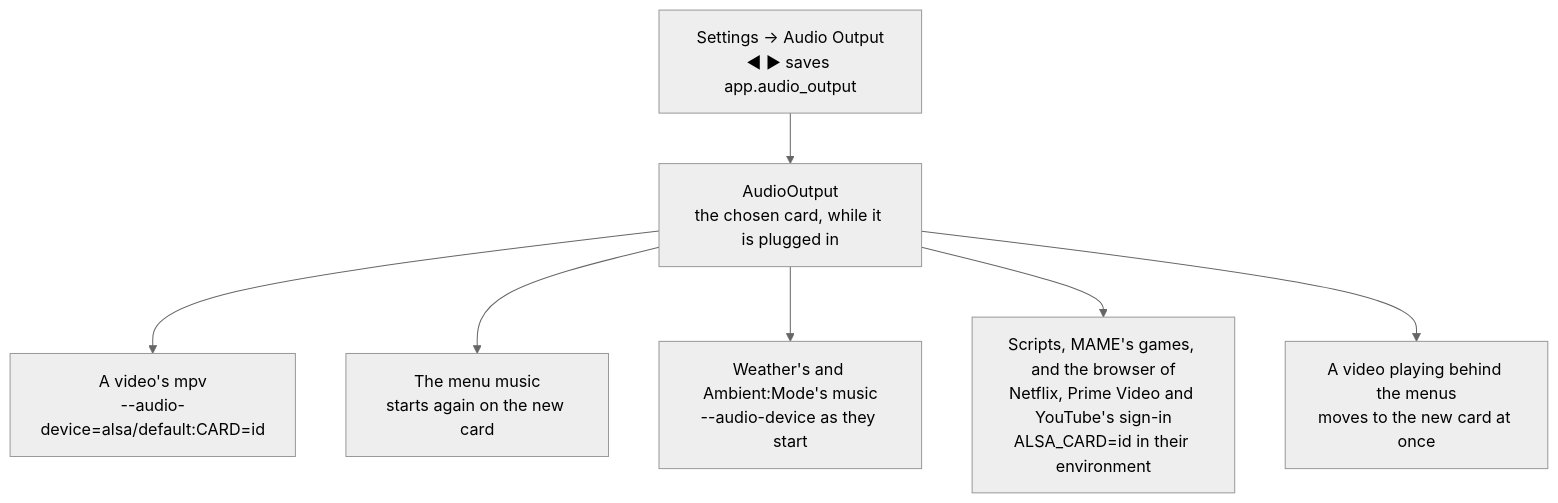
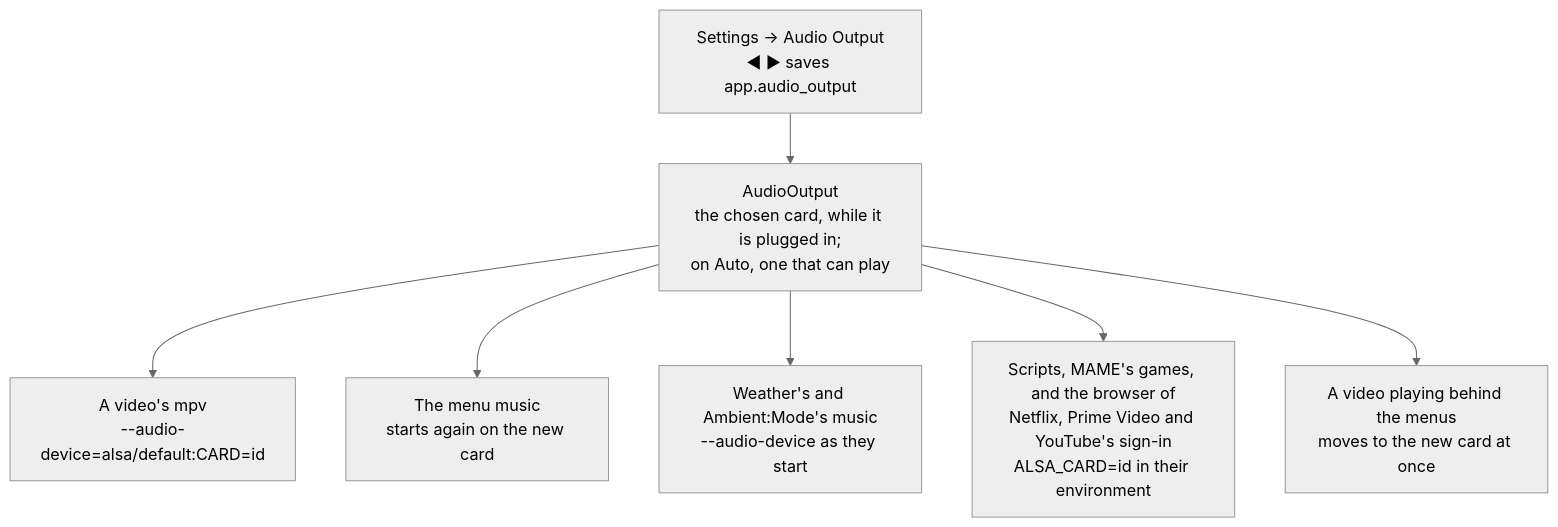
Before and after one commit to mehmetraif/OSD-OS: the diagram in docs/wiki/Audio-Output.md, drawn with Mermaid (neutral theme). The commit also changed other lines of this file and 22 other files, not shown here.

````diff
--- a/docs/wiki/Audio-Output.md
+++ b/docs/wiki/Audio-Output.md
@@ -66,9 +66,9 @@
 ```mermaid
 flowchart TD
-    S["Settings → Audio Output<br/>◄ ► saves app.audio_output"] --> A["AudioOutput<br/>the chosen card, while it is plugged in"]
+    S["Settings → Audio Output<br/>◄ ► saves app.audio_output"] --> A["AudioOutput<br/>the chosen card, while it is plugged in;<br/>on Auto, one that can play"]
     A --> V["A video's mpv<br/>--audio-device=alsa/default:CARD=id"]
     A --> M["The menu music<br/>starts again on the new card"]
     A --> W["Weather's and Ambient:Mode's music<br/>--audio-device as they start"]
     A --> X["Scripts, MAME's games, and the browser of<br/>Netflix, Prime Video and YouTube's sign-in<br/>ALSA_CARD=id in their environment"]
     A --> B["A video playing behind the menus<br/>moves to the new card at once"]
 ```
````
